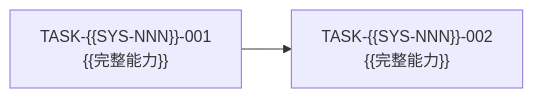
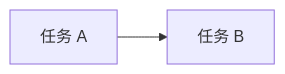
One commit to StreetCornelia/vcddd changed the diagram in vcddd/assets/templates/vcddd-obsidian/04-coding/systems/<system-id>-<system-name>/开发任务图.md. Above: the diagram before and after it, drawn with Mermaid. The commit also changed other lines of this file and 86 other files, not shown here.

````diff
--- a/vcddd/assets/templates/vcddd-obsidian/04-coding/systems/<system-id>-<system-name>/开发任务图.md
+++ b/vcddd/assets/templates/vcddd-obsidian/04-coding/systems/<system-id>-<system-name>/开发任务图.md
@@ -47,6 +31,4 @@
 ```mermaid
 flowchart LR
-  T001["TASK-{{SYS-NNN}}-001\n{{完整能力}}"]
-  T002["TASK-{{SYS-NNN}}-002\n{{完整能力}}"]
-  T001 --> T002
+  T001["任务 A"] --> T002["任务 B"]
 ```
````
